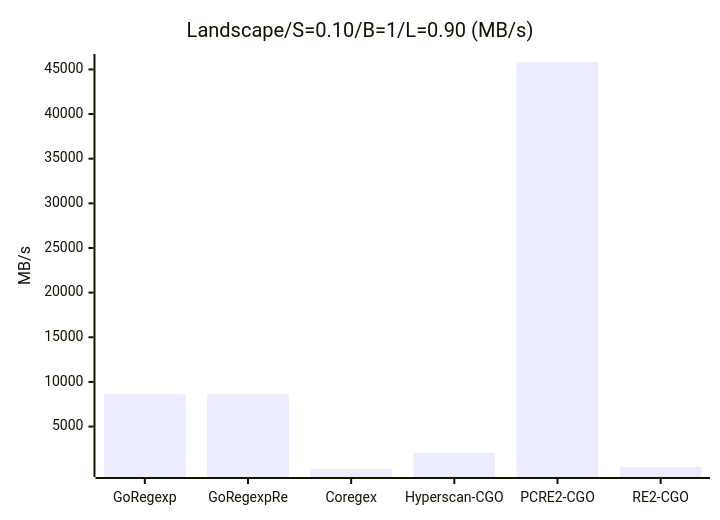
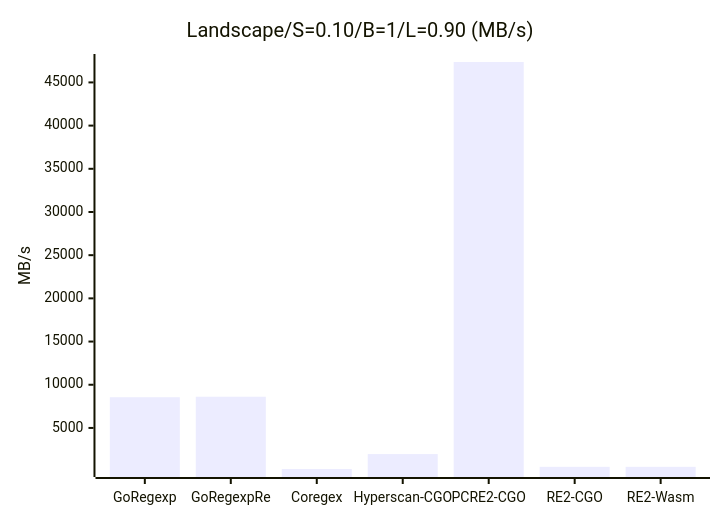
Diagram 15 of 47 in _benchmark_results/cgo_engines.md (kamichidu/go-regexp-re), drawn with Mermaid before and after one commit. The commit also changed other lines of this file and 1 other file, not shown here.

````diff
--- a/_benchmark_results/cgo_engines.md
+++ b/_benchmark_results/cgo_engines.md
@@ -232,7 +232,7 @@
 ```mermaid
 xychart-beta
     title "Landscape/S=0.10/B=1/L=0.90 (MB/s)"
-    x-axis ["GoRegexp", "GoRegexpRe", "Coregex", "Hyperscan-CGO", "PCRE2-CGO", "RE2-CGO"]
+    x-axis ["GoRegexp", "GoRegexpRe", "Coregex", "Hyperscan-CGO", "PCRE2-CGO", "RE2-CGO", "RE2-Wasm"]
     y-axis "MB/s"
-    bar [8613.61, 8611.26, 247.14, 2044.60, 45830.20, 465.55]
+    bar [8554.06, 8610.69, 246.41, 1972.16, 47363.26, 497.06, 495.63]
 ```
````
